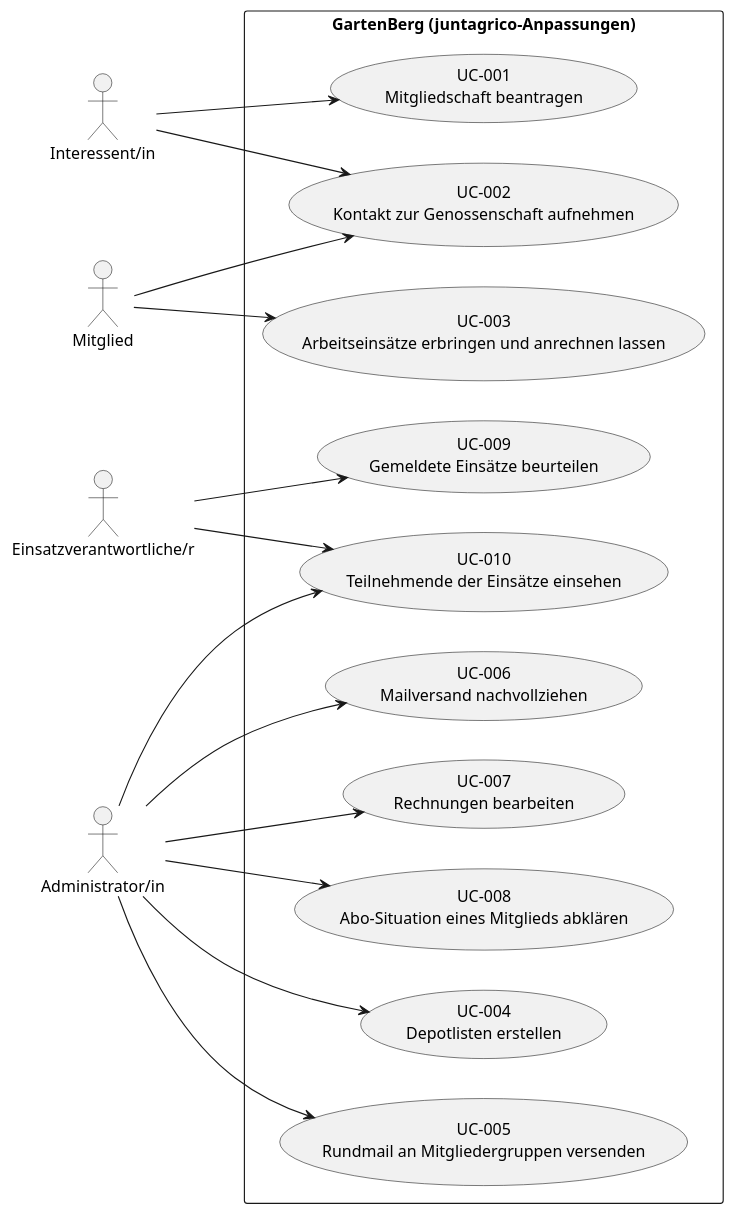
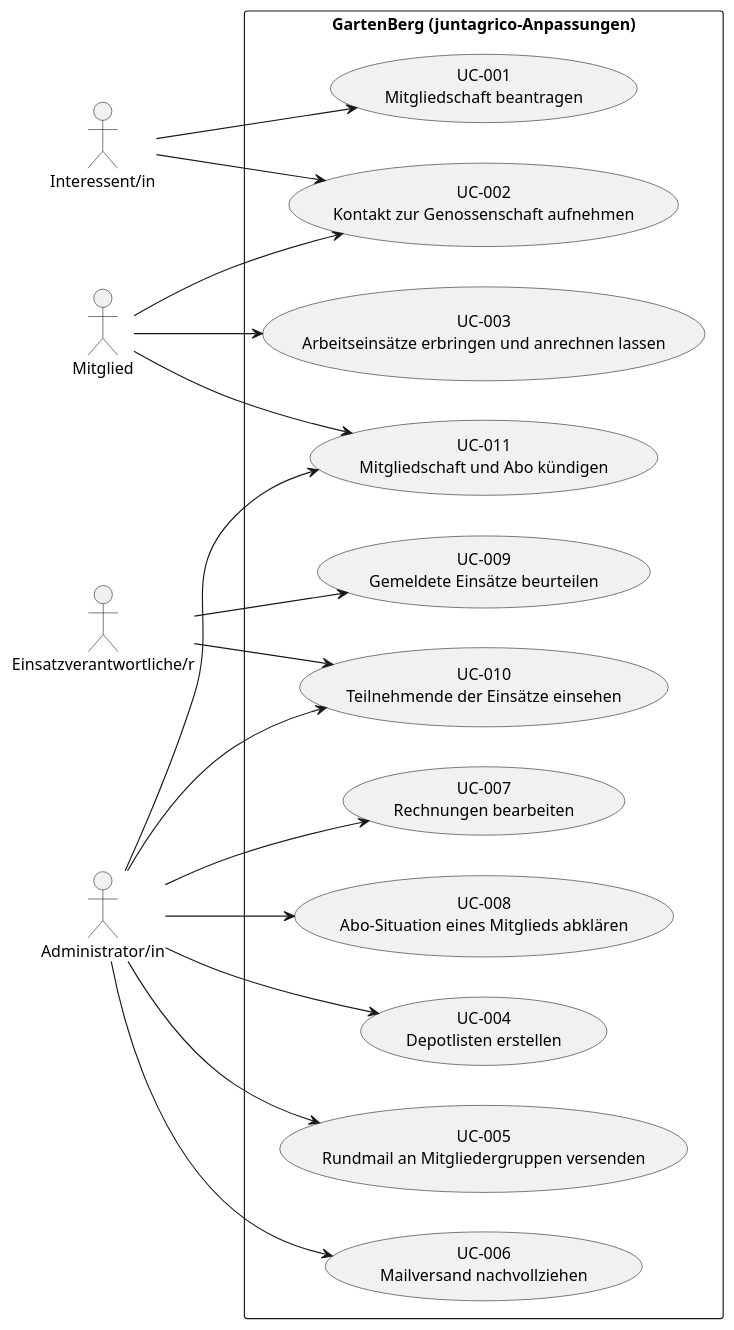
One commit to gartenbergCH/gartenberg changed the diagram in docs/use_cases.puml. Above: the diagram before and after it, drawn with PlantUML. The commit also changed 3 other files, not shown here.

```diff
--- a/docs/use_cases.puml
+++ b/docs/use_cases.puml
@@ -1,38 +1,41 @@
 @startuml Use Cases Overview
 left to right direction
 
 actor "Interessent/in" as prospect
 actor "Mitglied" as member
 actor "Einsatzverantwortliche/r" as approver
 actor "Administrator/in" as admin
 
 rectangle "GartenBerg (juntagrico-Anpassungen)" {
     usecase "UC-001\nMitgliedschaft beantragen" as UC001
     usecase "UC-002\nKontakt zur Genossenschaft aufnehmen" as UC002
     usecase "UC-003\nArbeitseinsätze erbringen und anrechnen lassen" as UC003
     usecase "UC-004\nDepotlisten erstellen" as UC004
     usecase "UC-005\nRundmail an Mitgliedergruppen versenden" as UC005
     usecase "UC-006\nMailversand nachvollziehen" as UC006
     usecase "UC-007\nRechnungen bearbeiten" as UC007
     usecase "UC-008\nAbo-Situation eines Mitglieds abklären" as UC008
     usecase "UC-009\nGemeldete Einsätze beurteilen" as UC009
     usecase "UC-010\nTeilnehmende der Einsätze einsehen" as UC010
+    usecase "UC-011\nMitgliedschaft und Abo kündigen" as UC011
 }
 
 prospect --> UC001
 prospect --> UC002
 
 member --> UC002
 member --> UC003
+member --> UC011
 
 approver --> UC009
 approver --> UC010
 
 admin --> UC004
 admin --> UC005
 admin --> UC006
 admin --> UC007
 admin --> UC008
 admin --> UC010
+admin --> UC011
 
 @enduml
```
